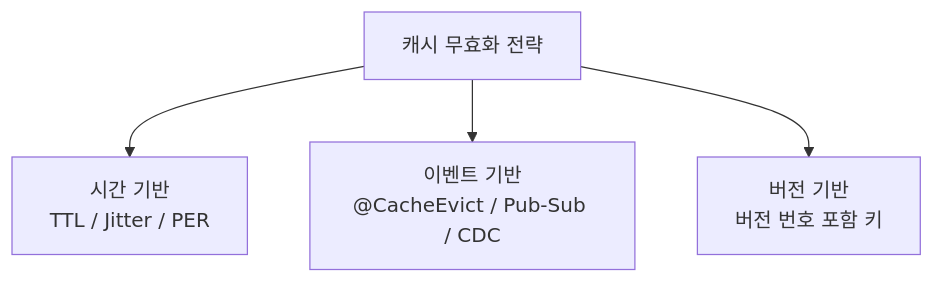
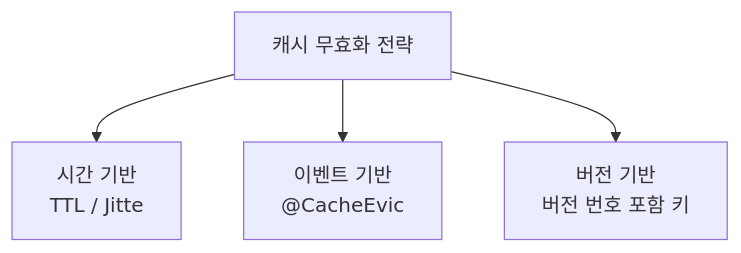
Before and after one commit to yjkim2015/yjkim2015.github.io: the eighth of 8 diagrams in _posts/caching/2026-05-03-cache-invalidation.md, drawn with Mermaid. The commit also changed other lines of this file and 271 other files, not shown here.

First line of the commit message:
Mermaid 라벨 축소: 긴 노드 텍스트 18자 이하로 트림 + \n 제거

````diff
--- a/_posts/caching/2026-05-03-cache-invalidation.md
+++ b/_posts/caching/2026-05-03-cache-invalidation.md
@@ -722,7 +722,7 @@
 ```mermaid
 graph TD
     A["캐시 무효화 전략"]
-    A --> B["시간 기반\nTTL / Jitter / PER"]
-    A --> C["이벤트 기반\n@CacheEvict / Pub-Sub / CDC"]
+    A --> B["시간 기반\nTTL / Jitte"]
+    A --> C["이벤트 기반\n@CacheEvic"]
     A --> D["버전 기반\n버전 번호 포함 키"]
 ```
````
